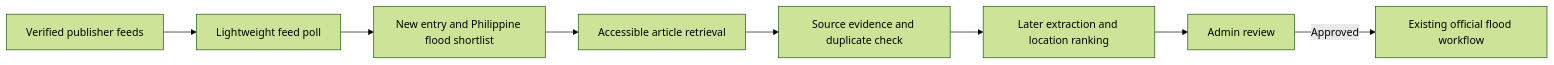
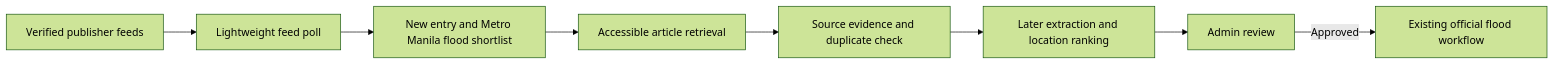
Before and after one commit to pu-roi/LANES: the diagram in docs/plans/rss-news-discovery-plan.md, drawn with Mermaid (forest theme). The commit also changed other lines of this file and 29 other files, not shown here.

````diff
--- a/docs/plans/rss-news-discovery-plan.md
+++ b/docs/plans/rss-news-discovery-plan.md
@@ -13,10 +13,10 @@
 ```mermaid
 flowchart LR
     A[Verified publisher feeds] --> B[Lightweight feed poll]
-    B --> C[New entry and Philippine flood shortlist]
+    B --> C[New entry and Metro Manila flood shortlist]
     C --> D[Accessible article retrieval]
     D --> E[Source evidence and duplicate check]
     E --> F[Later extraction and location ranking]
     F --> G[Admin review]
     G -->|Approved| H[Existing official flood workflow]
 ```
````
